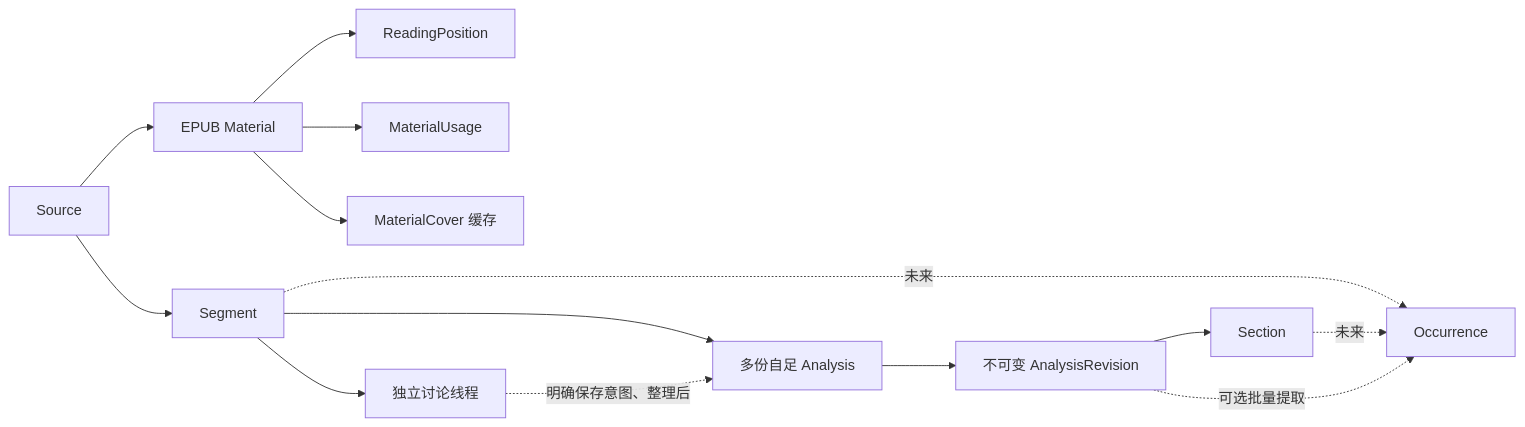
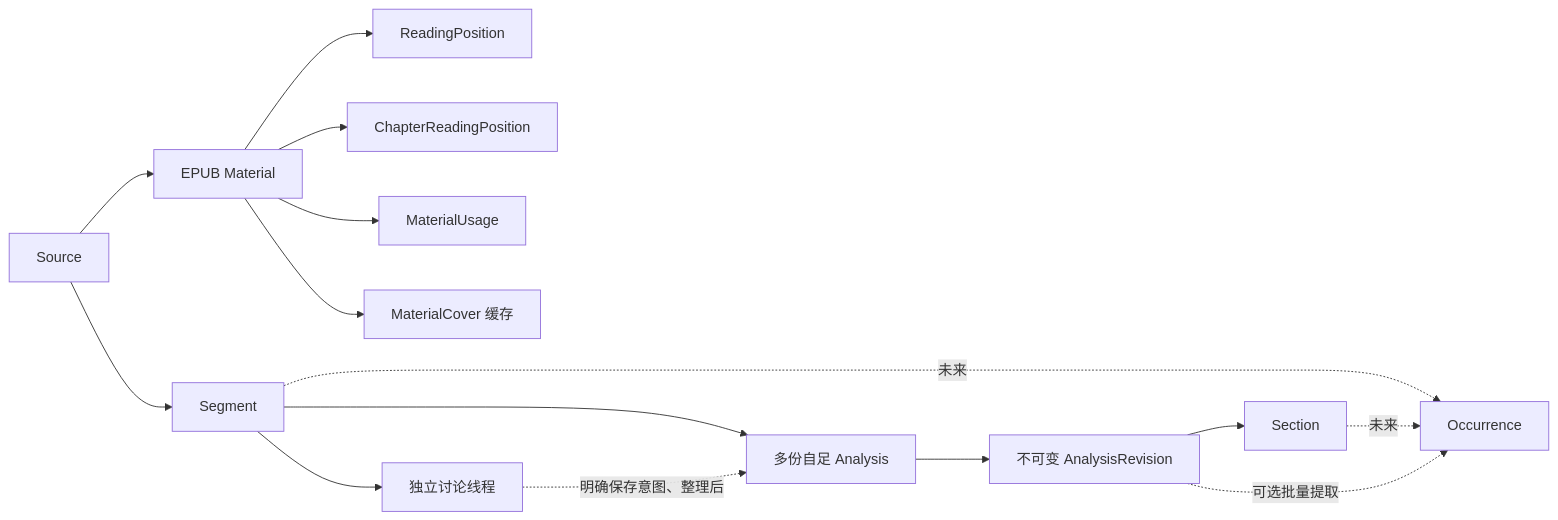
One commit to 5945ggh/folio-j changed the second of 3 diagrams in docs/ARCHITECTURE.md. Above: the diagram before and after it, drawn with Mermaid. The commit also changed other lines of this file and 28 other files, not shown here.

````diff
--- a/docs/ARCHITECTURE.md
+++ b/docs/ARCHITECTURE.md
@@ -40,16 +40,17 @@
 ```mermaid
 flowchart LR
   Source --> Segment
   Source --> Material[EPUB Material]
   Material --> Position[ReadingPosition]
+  Material --> ChapterPosition[ChapterReadingPosition]
   Material --> Usage[MaterialUsage]
   Material --> Cover[MaterialCover 缓存]
   Segment --> ChatThread[独立讨论线程]
   Segment --> Analysis[多份自足 Analysis]
   Analysis --> Revision[不可变 AnalysisRevision]
   Revision --> Section[Section]
   Segment -. 未来 .-> Occurrence[Occurrence]
   Section -. 未来 .-> Occurrence
   ChatThread -. 明确保存意图、整理后 .-> Analysis
   Revision -. 可选批量提取 .-> Occurrence
 ```
````
